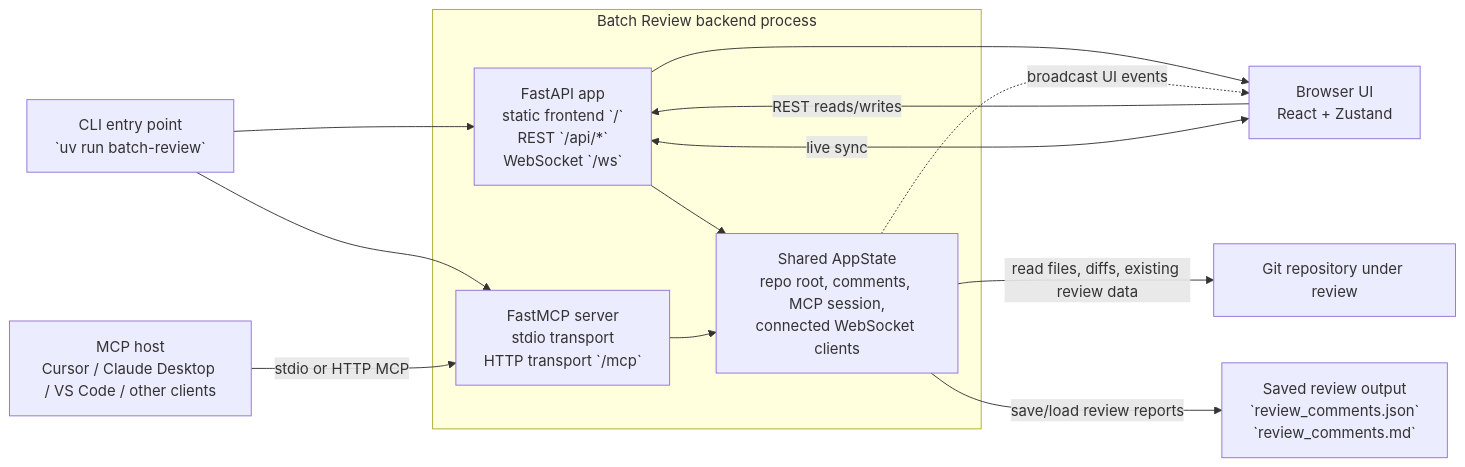
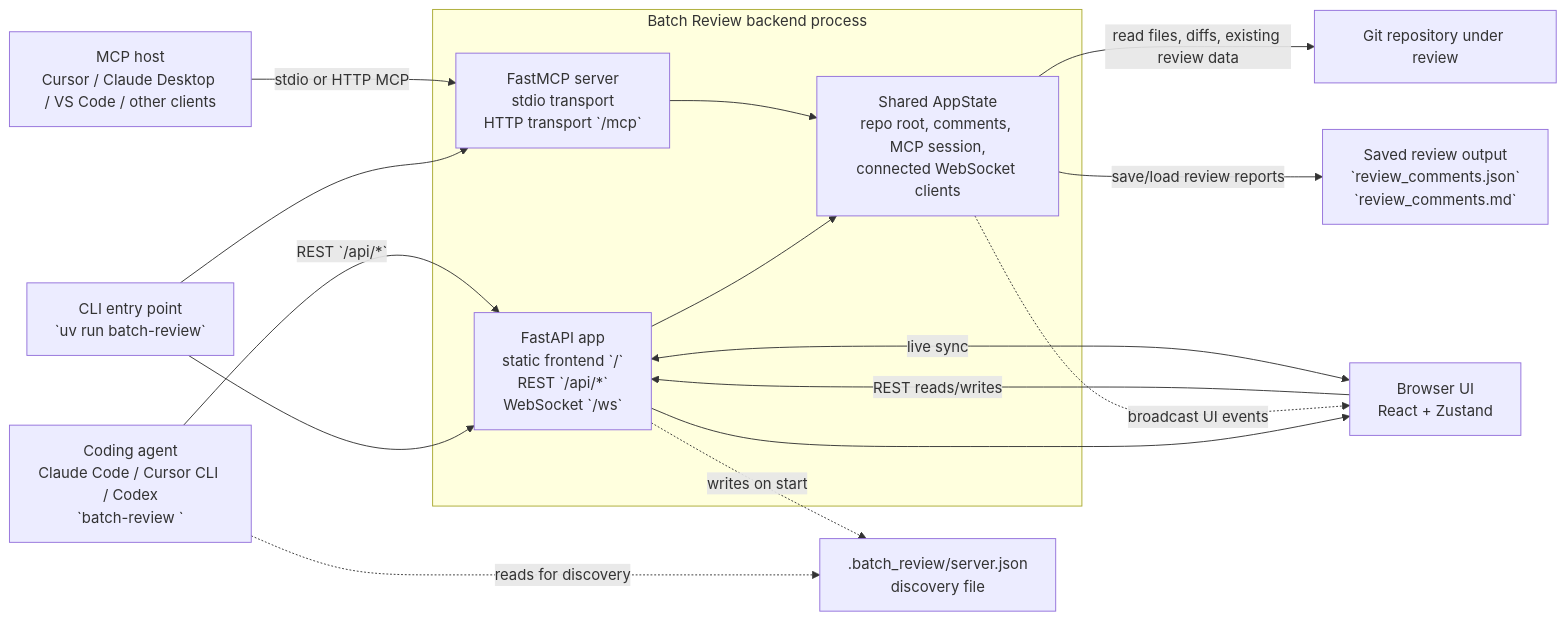
One commit to hevangel/batch-review-mcp changed the diagram in README.md. Above: the diagram before and after it, drawn with Mermaid. The commit also changed other lines of this file and 13 other files, not shown here.

````diff
--- a/README.md
+++ b/README.md
@@ -86,27 +86,32 @@
 ```mermaid
 flowchart LR
     CLI["CLI entry point<br/>`uv run batch-review`"]
     Browser["Browser UI<br/>React + Zustand"]
     McpHost["MCP host<br/>Cursor / Claude Desktop / VS Code / other clients"]
+    AgentCli["Coding agent<br/>Claude Code / Cursor CLI / Codex<br/>`batch-review <verb>`"]
 
     subgraph Backend["Batch Review backend process"]
         Server["FastAPI app<br/>static frontend `/`<br/>REST `/api/*`<br/>WebSocket `/ws`"]
         Mcp["FastMCP server<br/>stdio transport<br/>HTTP transport `/mcp`"]
         State["Shared AppState<br/>repo root, comments, MCP session,<br/>connected WebSocket clients"]
     end
 
     Repo["Git repository under review"]
     Output["Saved review output<br/>`review_comments.json`<br/>`review_comments.md`"]
+    PortFile[".batch_review/server.json<br/>discovery file"]
 
     CLI --> Server
     CLI --> Mcp
     Server --> Browser
     Browser -->|"REST reads/writes"| Server
     Browser <-->|"live sync"| Server
     Server --> State
     Mcp --> State
     McpHost -->|"stdio or HTTP MCP"| Mcp
+    AgentCli -->|"REST `/api/*`"| Server
+    AgentCli -.->|"reads for discovery"| PortFile
+    Server -.->|"writes on start"| PortFile
     State -->|"read files, diffs, existing review data"| Repo
     State -->|"save/load review reports"| Output
     State -.->|"broadcast UI events"| Browser
 ```
````
